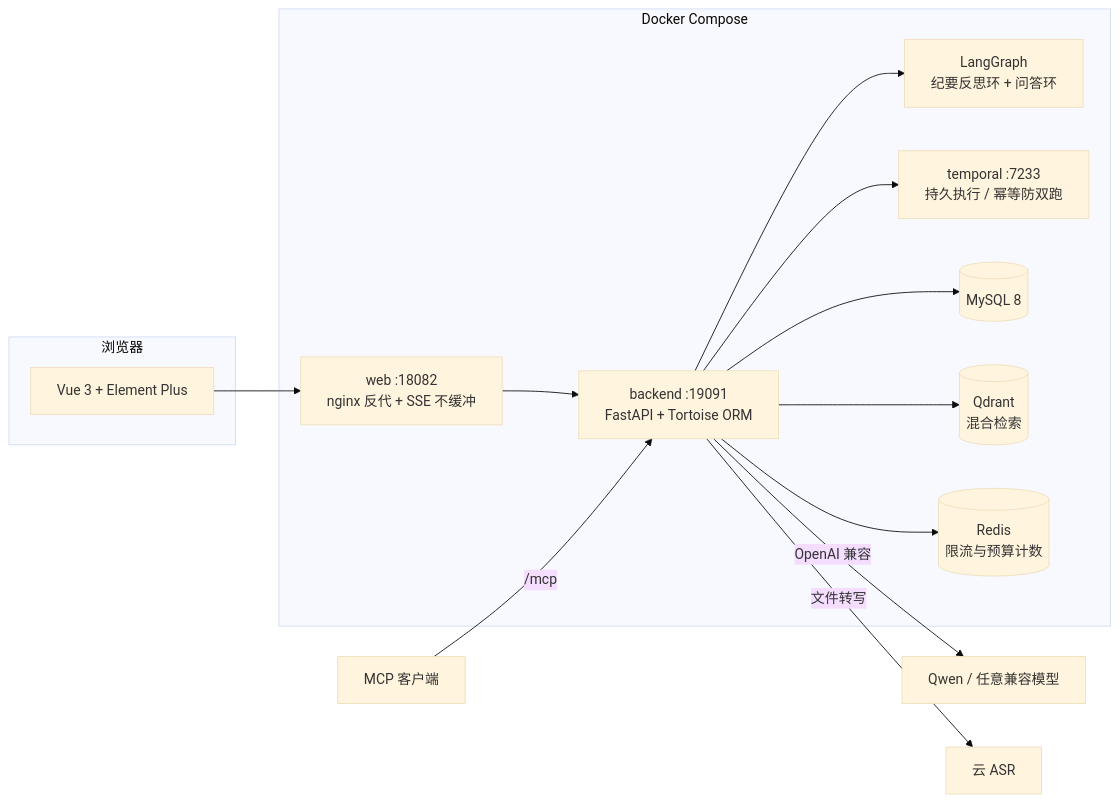
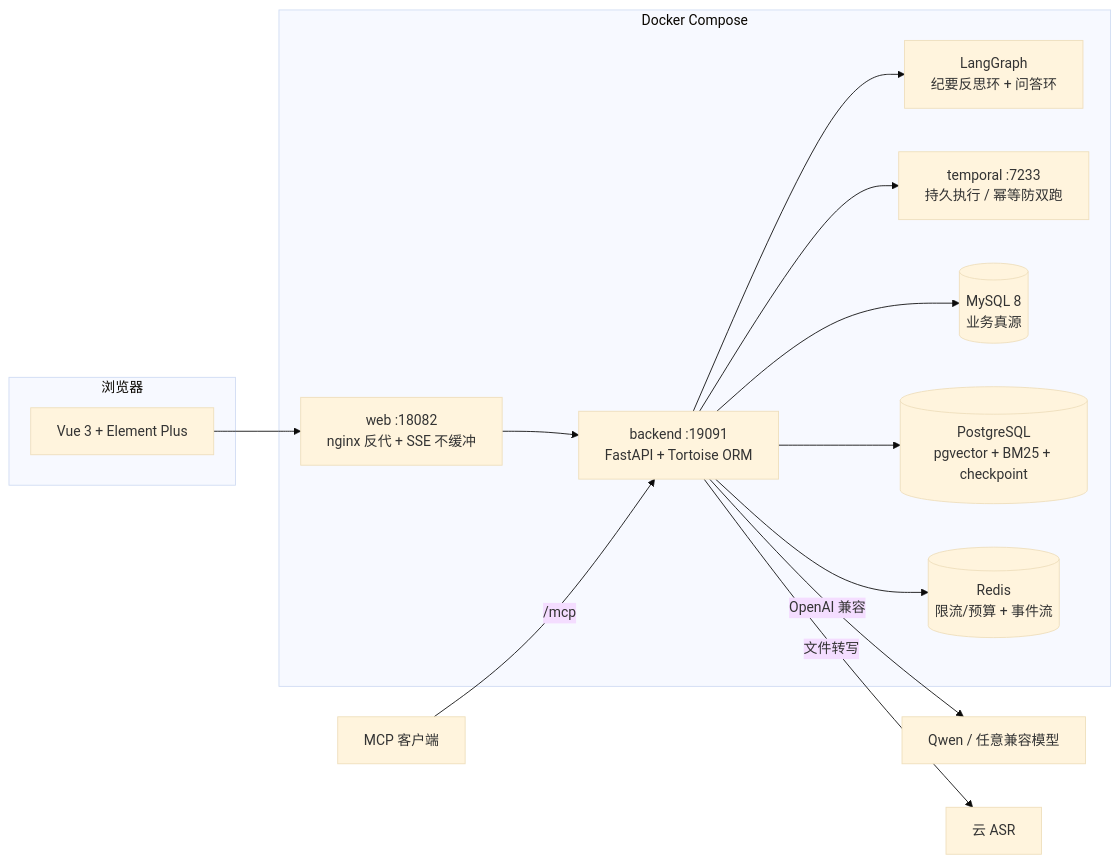
One commit to LittleSongxx/MeetingBot changed the diagram in README.md. Above: the diagram before and after it, drawn with Mermaid (base theme). The commit also changed other lines of this file and 98 other files, not shown here.

````diff
--- a/README.md
+++ b/README.md
@@ -94,24 +95,24 @@
 ```mermaid
 flowchart LR
     subgraph client[浏览器]
         UI[Vue 3 + Element Plus]
     end
     subgraph compose[Docker Compose]
         web[web :18082<br/>nginx 反代 + SSE 不缓冲]
         backend[backend :19091<br/>FastAPI + Tortoise ORM]
         agent[LangGraph<br/>纪要反思环 + 问答环]
         temporal[temporal :7233<br/>持久执行 / 幂等防双跑]
-        db[(MySQL 8)]
-        qdrant[(Qdrant<br/>混合检索)]
-        redis[(Redis<br/>限流与预算计数)]
+        db[(MySQL 8<br/>业务真源)]
+        postgres[(PostgreSQL<br/>pgvector + BM25 + checkpoint)]
+        redis[(Redis<br/>限流/预算 + 事件流)]
     end
     UI --> web --> backend
     backend --> db
     backend --> temporal
     backend --> agent
-    backend --> qdrant
+    backend --> postgres
     backend --> redis
     backend -->|OpenAI 兼容| LLM[Qwen / 任意兼容模型]
     backend -->|文件转写| ASR[云 ASR]
     MCP[MCP 客户端] -->|/mcp| backend
 ```
````
